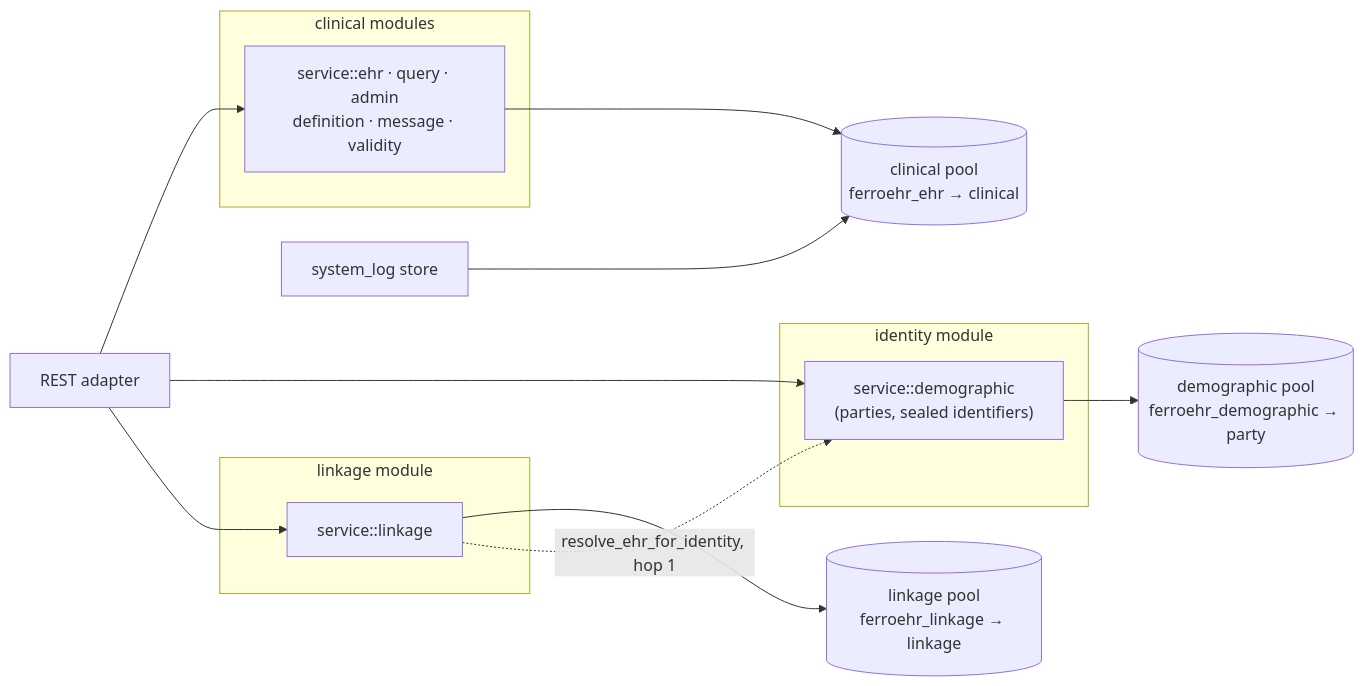
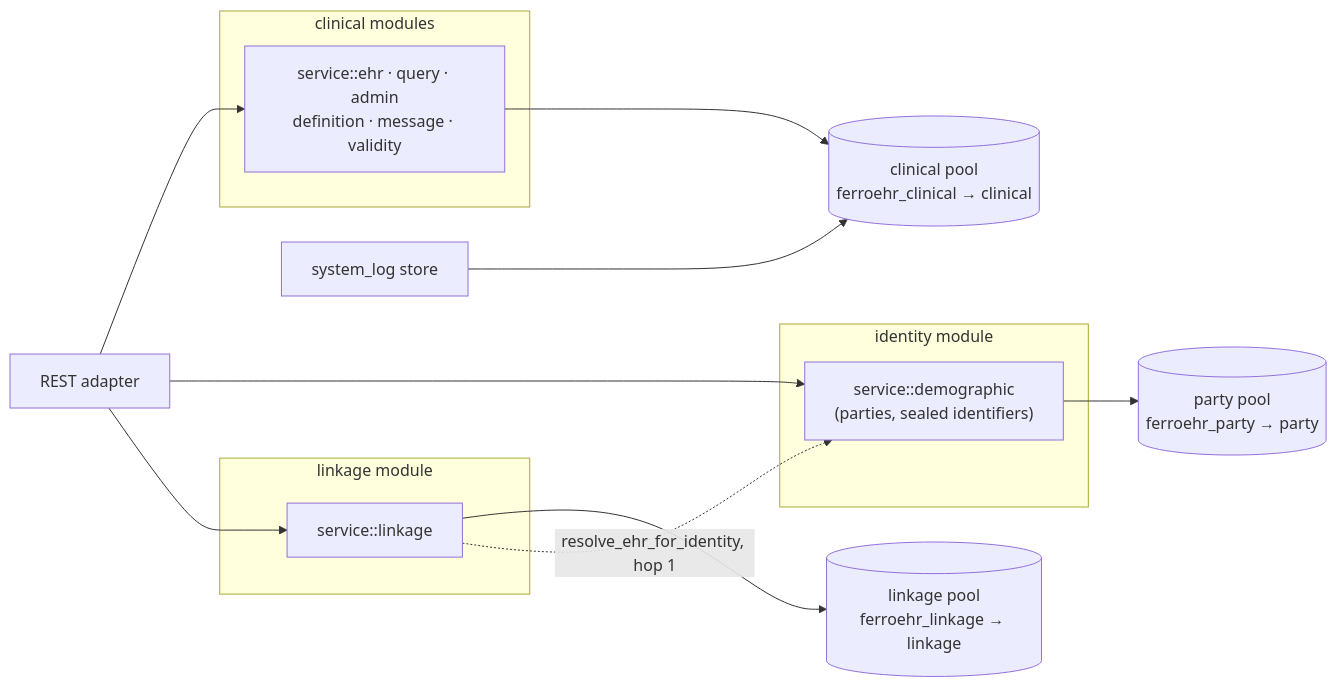
One commit to rubentalstra/FerroEHR changed the second of 2 diagrams in website/book/src/concepts/architecture.md. Above: the diagram before and after it, drawn with Mermaid. The commit also changed other lines of this file and 23 other files, not shown here.

Commit message:
docs(storage): the per-domain DSN topology across the chart, compose and the book

````diff
--- a/website/book/src/concepts/architecture.md
+++ b/website/book/src/concepts/architecture.md
@@ -108,26 +108,26 @@
 ```mermaid
 flowchart LR
     rest["REST adapter"]
     subgraph clin ["clinical modules"]
         ehrsvc["service::ehr · query · admin<br/>definition · message · validity"]
     end
     subgraph dem ["identity module"]
         demsvc["service::demographic<br/>(parties, sealed identifiers)"]
     end
     subgraph lnk ["linkage module"]
         lnksvc["service::linkage"]
     end
     audit["system_log store"]
-    pc[("clinical pool<br/>ferroehr_ehr → clinical")]
-    pd[("demographic pool<br/>ferroehr_demographic → party")]
+    pc[("clinical pool<br/>ferroehr_clinical → clinical")]
+    pd[("party pool<br/>ferroehr_party → party")]
     pl[("linkage pool<br/>ferroehr_linkage → linkage")]
 
     rest --> ehrsvc
     rest --> demsvc
     rest --> lnksvc
     ehrsvc --> pc
     audit --> pc
     demsvc --> pd
     lnksvc --> pl
     lnksvc -. "resolve_ehr_for_identity, hop 1" .-> demsvc
 ```
````
